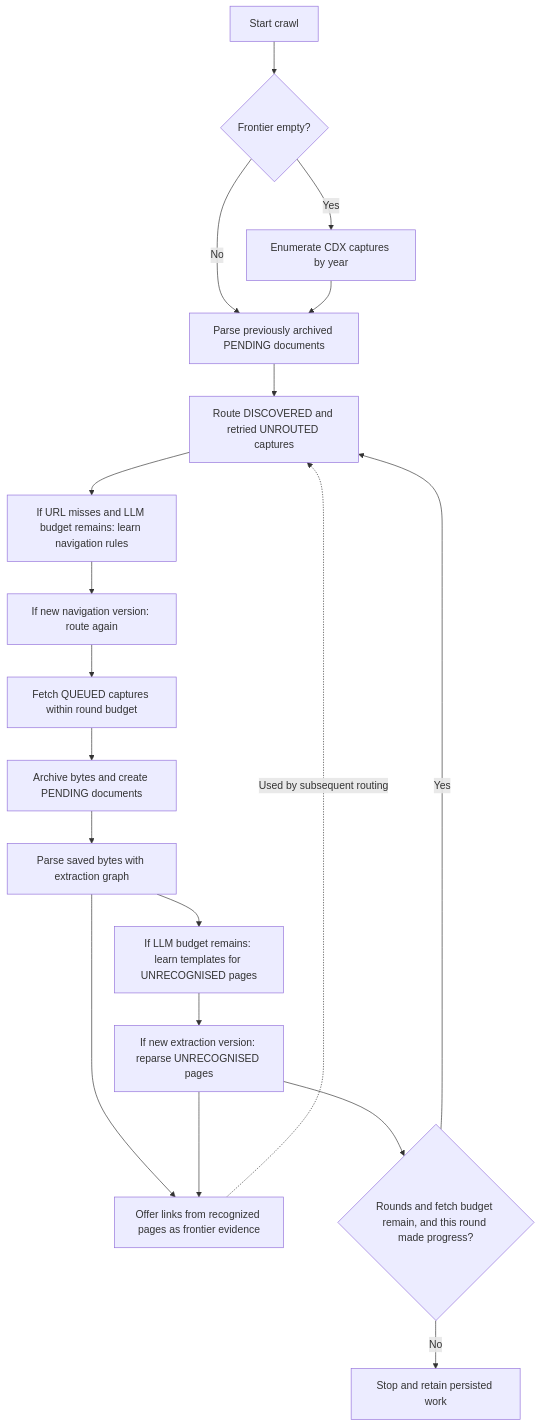
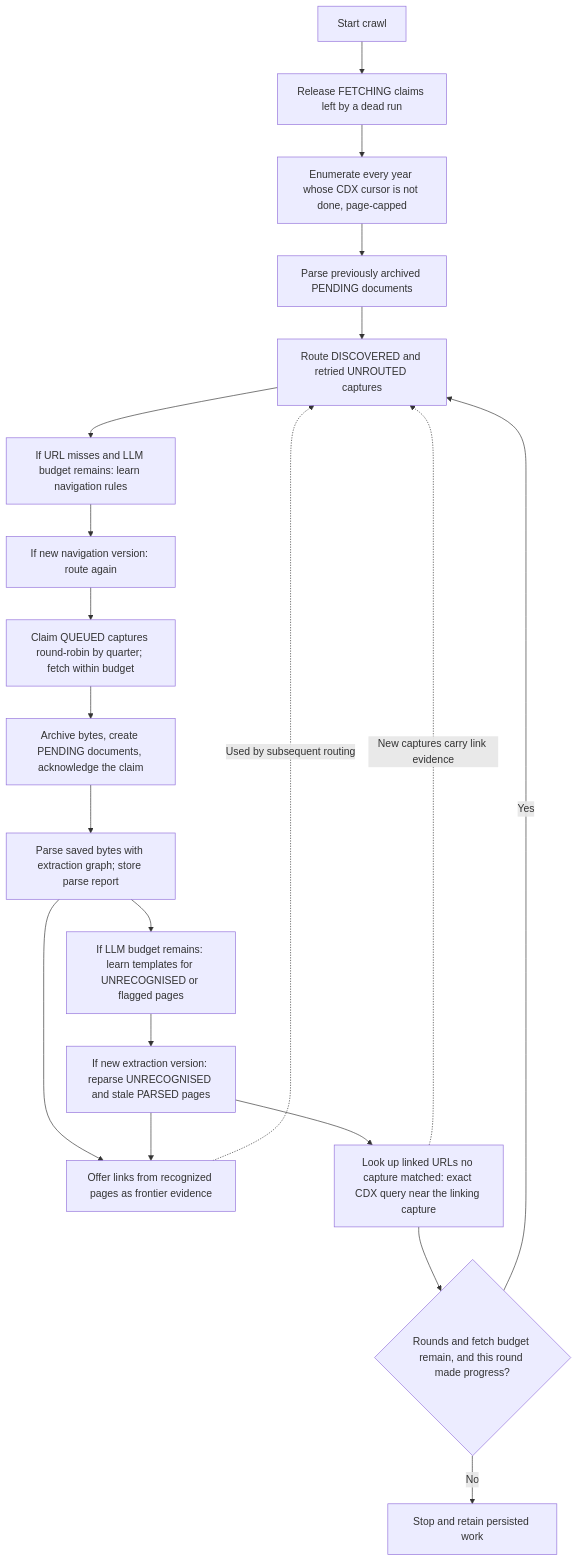
One commit to fakhrytatanaki/realestate-analysis changed the first of 5 diagrams in docs/wayback-crawler-state-machine.md. Above: the diagram before and after it, drawn with Mermaid. The commit also changed other lines of this file and 60 other files, not shown here.

First line of the commit message:
feat: crawl claims and rate gate, parse provenance, gold-set quality checks

````diff
--- a/docs/wayback-crawler-state-machine.md
+++ b/docs/wayback-crawler-state-machine.md
@@ -38,21 +44,22 @@
 ```mermaid
 flowchart TD
-    Start[Start crawl] --> Empty{Frontier empty?}
-    Empty -->|Yes| CDX[Enumerate CDX captures by year]
-    Empty -->|No| Pending[Parse previously archived PENDING documents]
-    CDX --> Pending
+    Start[Start crawl] --> Release[Release FETCHING claims left by a dead run]
+    Release --> CDX[Enumerate every year whose CDX cursor is not done, page-capped]
+    CDX --> Pending[Parse previously archived PENDING documents]
     Pending --> Route[Route DISCOVERED and retried UNROUTED captures]
     Route --> Nav[If URL misses and LLM budget remains: learn navigation rules]
     Nav --> Reroute[If new navigation version: route again]
-    Reroute --> Fetch[Fetch QUEUED captures within round budget]
-    Fetch --> Save[Archive bytes and create PENDING documents]
-    Save --> Parse[Parse saved bytes with extraction graph]
-    Parse --> Learn[If LLM budget remains: learn templates for UNRECOGNISED pages]
-    Learn --> Replay[If new extraction version: reparse UNRECOGNISED pages]
+    Reroute --> Fetch[Claim QUEUED captures round-robin by quarter; fetch within budget]
+    Fetch --> Save[Archive bytes, create PENDING documents, acknowledge the claim]
+    Save --> Parse[Parse saved bytes with extraction graph; store parse report]
+    Parse --> Learn[If LLM budget remains: learn templates for UNRECOGNISED or flagged pages]
+    Learn --> Replay[If new extraction version: reparse UNRECOGNISED and stale PARSED pages]
     Parse --> Links[Offer links from recognized pages as frontier evidence]
     Replay --> Links
     Links -.->|Used by subsequent routing| Route
-    Replay --> Continue{"Rounds and fetch budget remain, and this round made progress?"}
+    Replay --> Lookup[Look up linked URLs no capture matched: exact CDX query near the linking capture]
+    Lookup -.->|New captures carry link evidence| Route
+    Lookup --> Continue{"Rounds and fetch budget remain, and this round made progress?"}
     Continue -->|Yes| Route
     Continue -->|No| Stop[Stop and retain persisted work]
 ```
````
